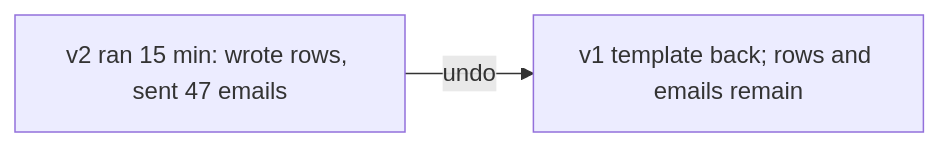
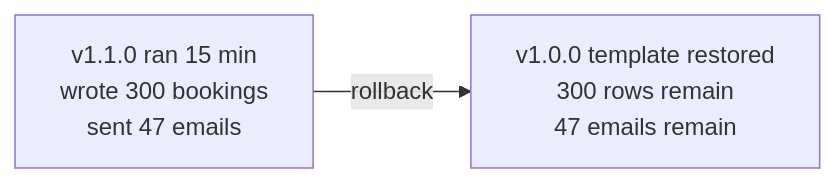
The diagram in docs/learn/delivery/promotion-and-rollback.md (darshan-raul/apollo11-docs), drawn with Mermaid before and after one commit. The commit also changed other lines of this file and 4 other files, not shown here.

````diff
--- a/docs/learn/delivery/promotion-and-rollback.md
+++ b/docs/learn/delivery/promotion-and-rollback.md
@@ -40,4 +109,4 @@
 ```mermaid
 flowchart LR
-  V2[v2 ran 15 min: wrote rows, sent 47 emails] -->|undo| V1[v1 template back; rows and emails remain]
+  V2["v1.1.0 ran 15 min<br/>wrote 300 bookings<br/>sent 47 emails"] -->|rollback| V1["v1.0.0 template restored<br/>300 rows remain<br/>47 emails remain"]
 ```
````
